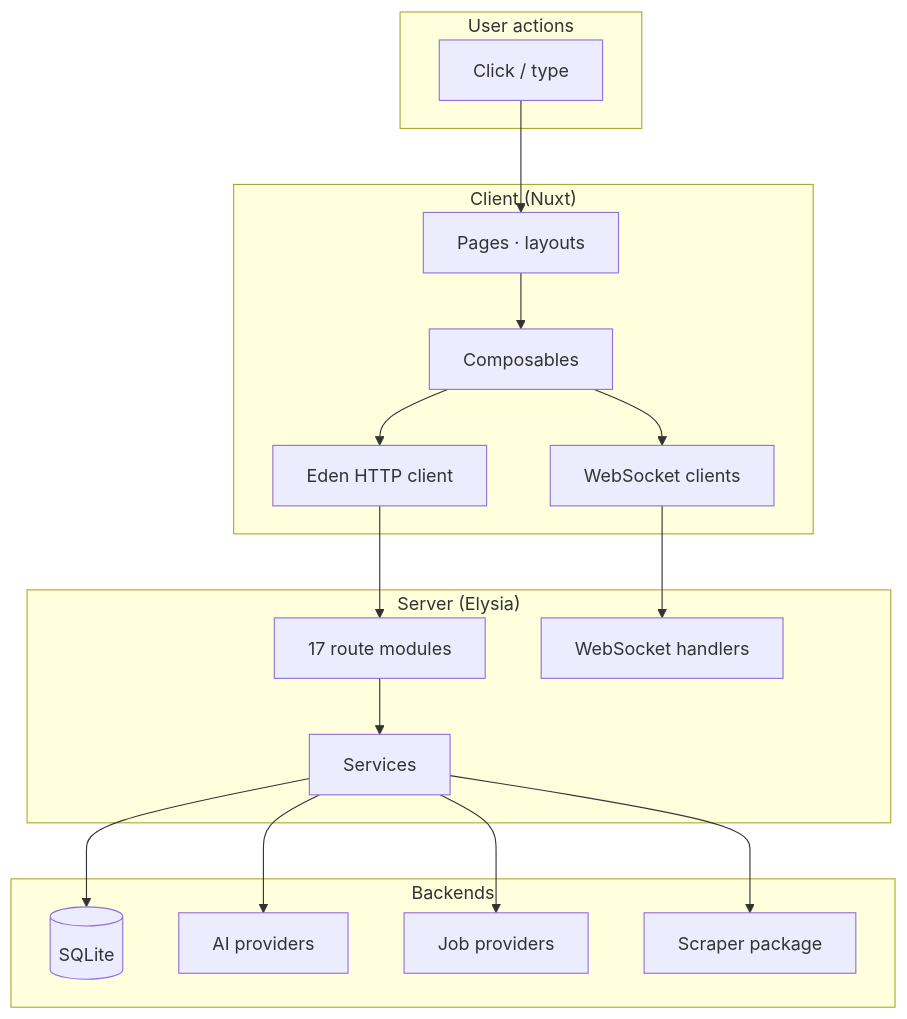
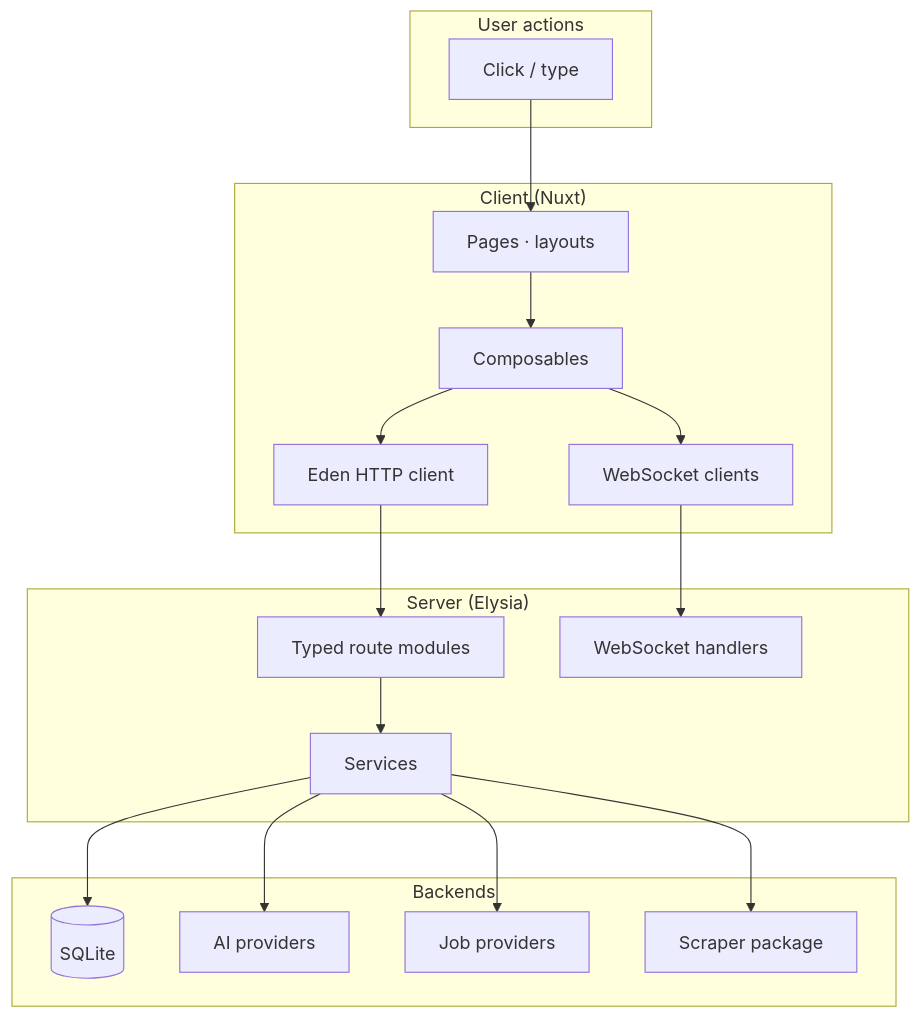
The second of 9 diagrams in docs/ELI5_SYSTEM_WALKTHROUGH.md (d4551/baobuildbuddy), drawn with Mermaid before and after one commit. The commit also changed other lines of this file and 1288 other files, not shown here.

````diff
--- a/docs/ELI5_SYSTEM_WALKTHROUGH.md
+++ b/docs/ELI5_SYSTEM_WALKTHROUGH.md
@@ -40,38 +40,38 @@
 ```mermaid
 flowchart TD
   subgraph User["User actions"]
     Click["Click / type"]
   end
 
   subgraph ClientLayer["Client (Nuxt)"]
     Pages["Pages · layouts"]
     Composables["Composables"]
     Eden["Eden HTTP client"]
     WS["WebSocket clients"]
   end
 
   subgraph ServerLayer["Server (Elysia)"]
-    Routes["17 route modules"]
+    Routes["Typed route modules"]
     Services["Services"]
     WSHandlers["WebSocket handlers"]
   end
 
   subgraph Backends["Backends"]
     DB[("SQLite")]
     AIProv["AI providers"]
     JobProv["Job providers"]
     ScraperPkg["Scraper package"]
   end
 
   Click --> Pages
   Pages --> Composables
   Composables --> Eden
   Composables --> WS
   Eden --> Routes
   WS --> WSHandlers
   Routes --> Services
   Services --> DB
   Services --> AIProv
   Services --> JobProv
   Services --> ScraperPkg
 ```
````
